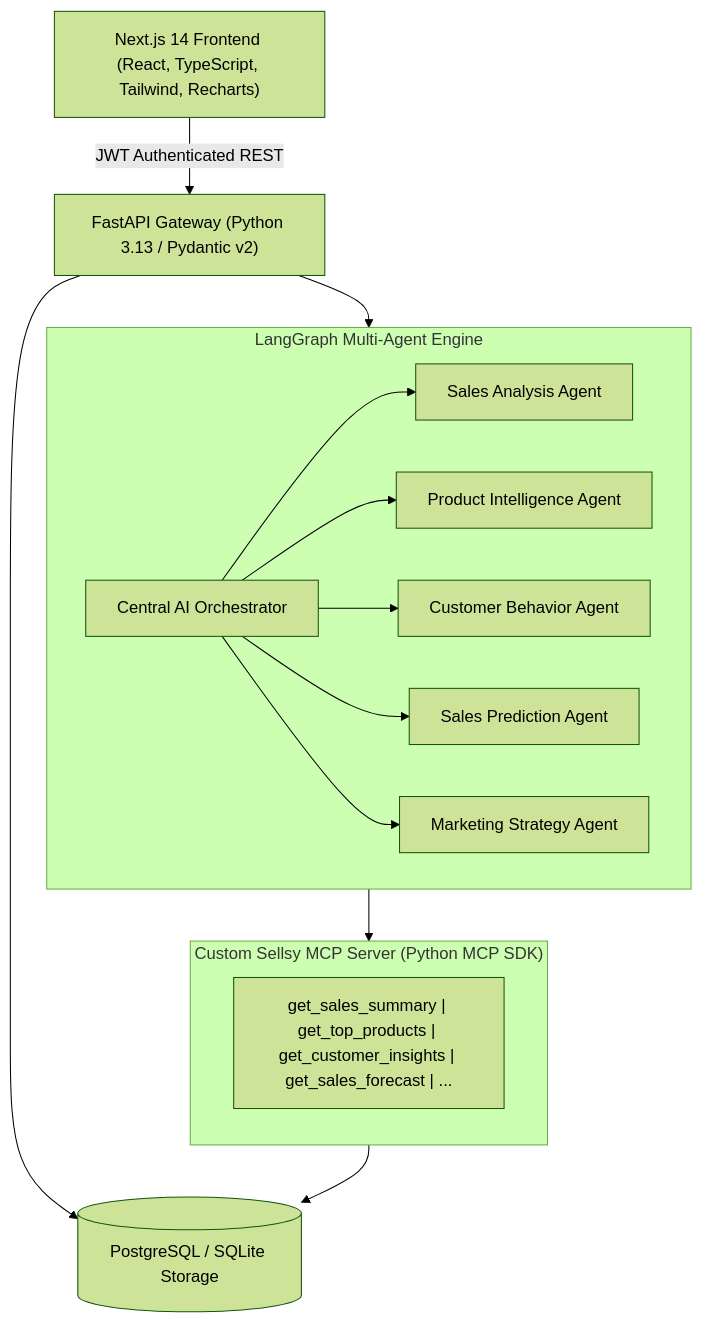
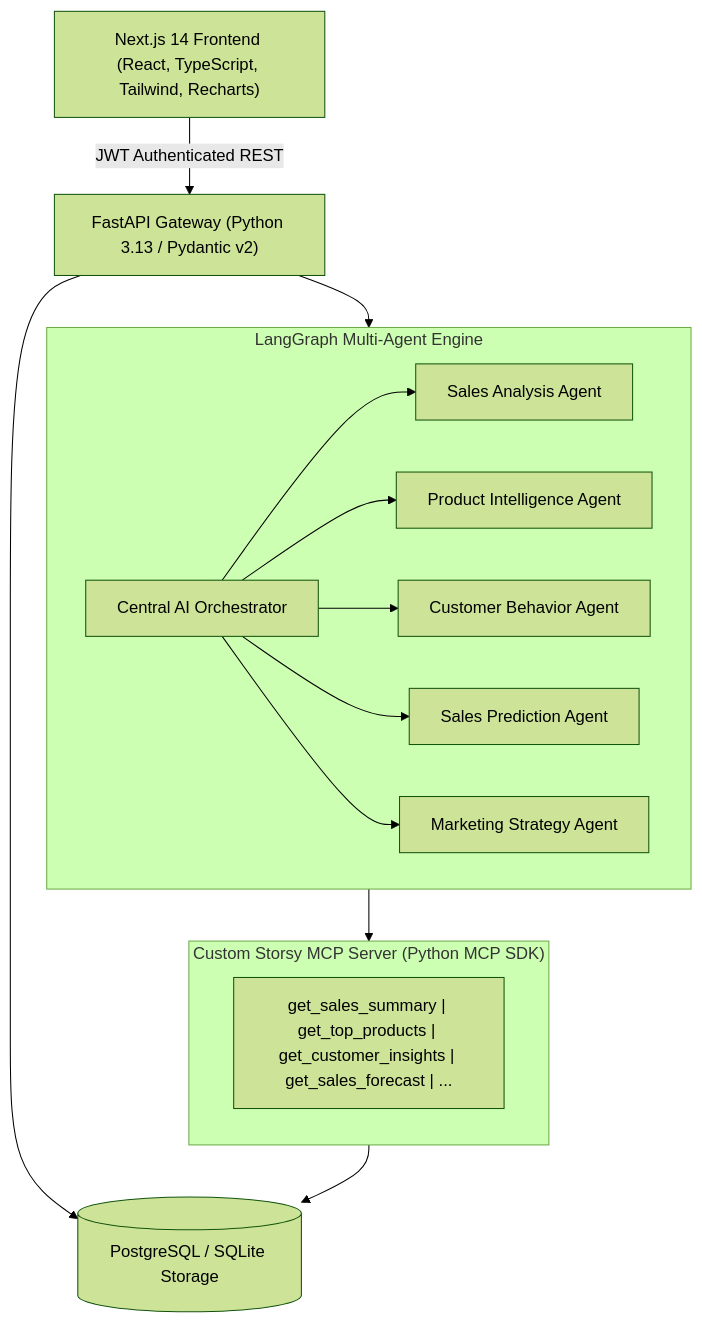
The diagram in README.md (veenakumari1/sellsy), drawn with Mermaid (forest theme) before and after one commit. The commit also changed other lines of this file and 67 other files, not shown here.

````diff
--- a/README.md
+++ b/README.md
@@ -72,32 +72,32 @@
 ```mermaid
 flowchart TD
     ClientApp["Next.js 14 Frontend (React, TypeScript, Tailwind, Recharts)"]
     Gateway["FastAPI Gateway (Python 3.13 / Pydantic v2)"]
     
     subgraph MultiAgentEngine["LangGraph Multi-Agent Engine"]
         Orchestrator["Central AI Orchestrator"]
         SalesAgent["Sales Analysis Agent"]
         ProdAgent["Product Intelligence Agent"]
         CustAgent["Customer Behavior Agent"]
         PredAgent["Sales Prediction Agent"]
         MktAgent["Marketing Strategy Agent"]
 
         Orchestrator --> SalesAgent
         Orchestrator --> ProdAgent
         Orchestrator --> CustAgent
         Orchestrator --> PredAgent
         Orchestrator --> MktAgent
     end
 
-    subgraph MCPServer["Custom Sellsy MCP Server (Python MCP SDK)"]
+    subgraph MCPServer["Custom Storsy MCP Server (Python MCP SDK)"]
         Tools["get_sales_summary | get_top_products | get_customer_insights | get_sales_forecast | ..."]
     end
 
     DB[(PostgreSQL / SQLite Storage)]
 
     ClientApp -->|JWT Authenticated REST| Gateway
     Gateway --> MultiAgentEngine
     MultiAgentEngine --> MCPServer
     MCPServer --> DB
     Gateway --> DB
 ```
````
